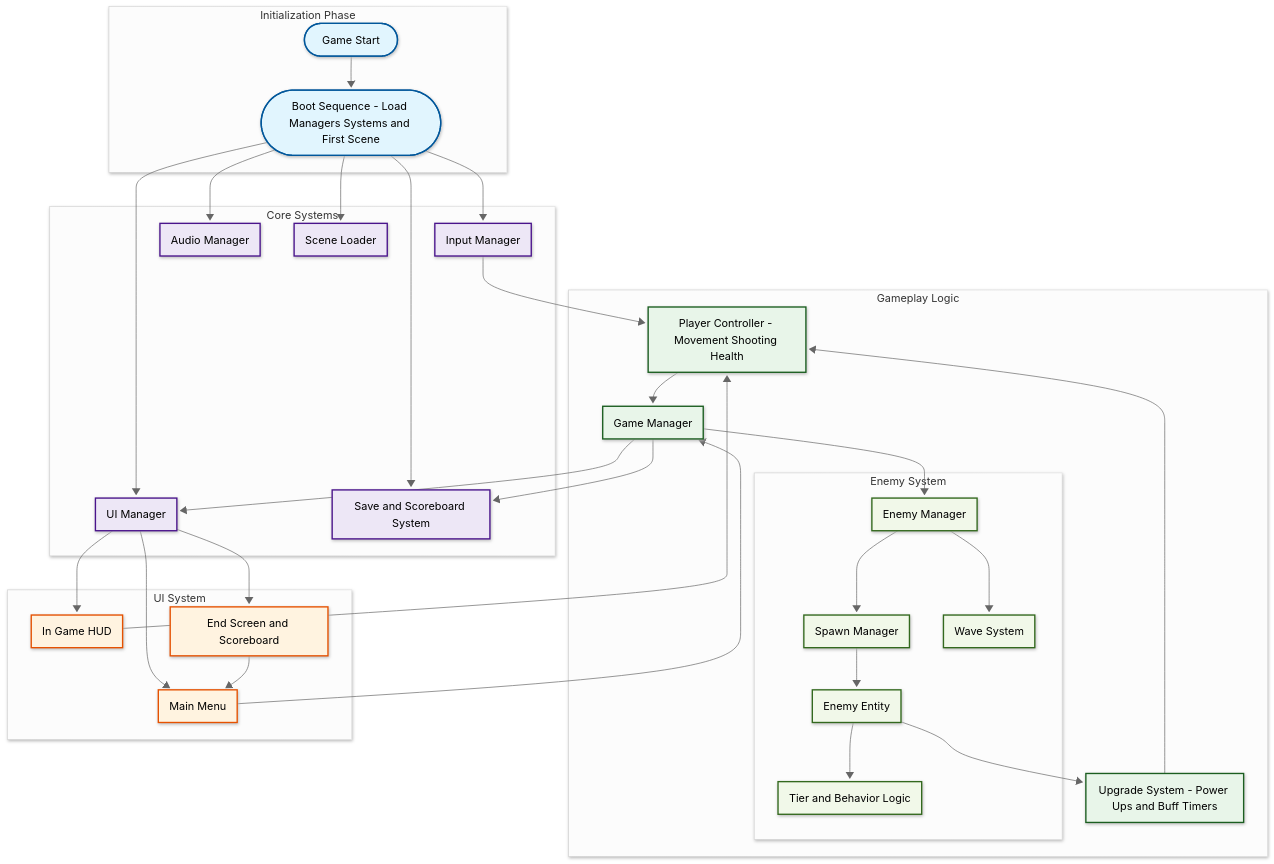
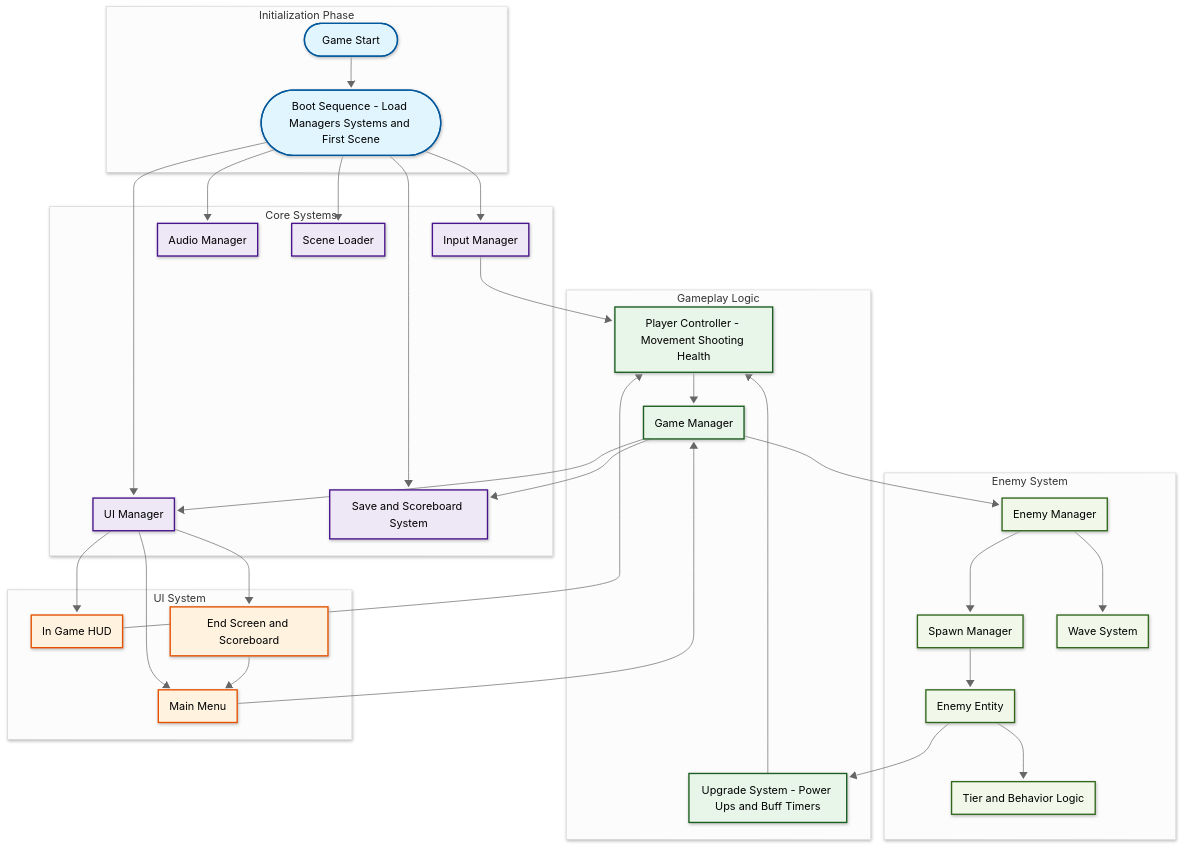
One commit to Justsomeguy241/Game-ProgrammingClass changed the second of 4 diagrams in README.md. Above: the diagram before and after it, drawn with Mermaid.

```diff
--- a/README.md
+++ b/README.md
@@ -103,15 +103,15 @@
         GameManager[Game Manager]
         PlayerController[Player Controller - Movement Shooting Health]
         UpgradeSystem[Upgrade System - Power Ups and Buff Timers]
+    end
 
-        %% --- ENEMY SYSTEM ---
-        subgraph "Enemy System"
-            EnemyManager[Enemy Manager]
-            SpawnManager[Spawn Manager]
-            WaveSystem[Wave System]
-            TierSystem[Tier and Behavior Logic]
-            EnemyEntity[Enemy Entity]
-        end
+    %% ====== ENEMY SYSTEM ======
+    subgraph "Enemy System"
+        EnemyManager[Enemy Manager]
+        SpawnManager[Spawn Manager]
+        WaveSystem[Wave System]
+        TierSystem[Tier and Behavior Logic]
+        EnemyEntity[Enemy Entity]
     end
 
     %% ====== USER INTERFACE ======
@@ -132,15 +132,17 @@
     %% Gameplay Links
     InputManager --> PlayerController
     PlayerController --> GameManager
+    UpgradeSystem --> PlayerController
+    GameManager --> UIManager
+    GameManager --> SaveSystem
+
+    %% Enemy Links
     GameManager --> EnemyManager
     EnemyManager --> SpawnManager
     SpawnManager --> EnemyEntity
     EnemyEntity --> TierSystem
     EnemyManager --> WaveSystem
     EnemyEntity --> UpgradeSystem
-    UpgradeSystem --> PlayerController
-    GameManager --> UIManager
-    GameManager --> SaveSystem
 
     %% UI Links
     UIManager --> MainMenu
```
